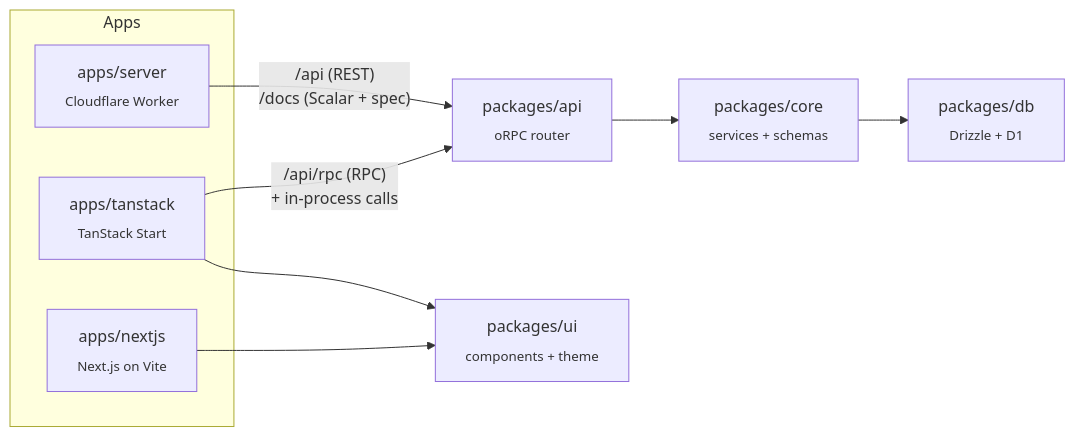
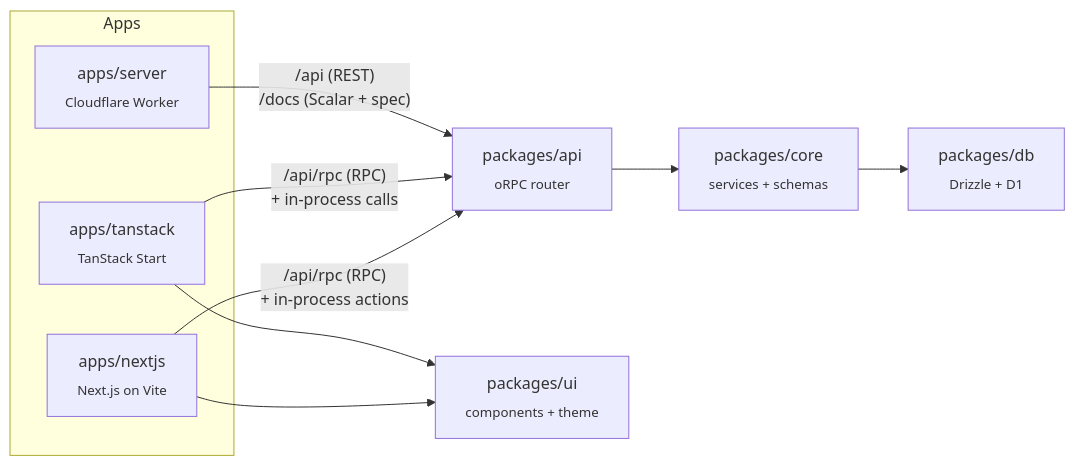
Before and after one commit to heyleydotdev/cf-monorepo: the diagram in README.md, drawn with Mermaid.

Commit message:
docs: show nextjs reaching the rpc router

````diff
--- a/README.md
+++ b/README.md
@@ -65,19 +65,20 @@
 ```mermaid
 flowchart LR
     subgraph Apps
         S["apps/server<br/><sub>Cloudflare Worker</sub>"]
         T["apps/tanstack<br/><sub>TanStack Start</sub>"]
         N["apps/nextjs<br/><sub>Next.js on Vite</sub>"]
     end
 
     API["packages/api<br/><sub>oRPC router</sub>"]
     CORE["packages/core<br/><sub>services + schemas</sub>"]
     DB["packages/db<br/><sub>Drizzle + D1</sub>"]
     UI["packages/ui<br/><sub>components + theme</sub>"]
 
     S -- "/api (REST)<br/>/docs (Scalar + spec)" --> API
     T -- "/api/rpc (RPC)<br/>+ in-process calls" --> API
+    N -- "/api/rpc (RPC)<br/>+ in-process actions" --> API
     T --> UI
     N --> UI
     API --> CORE --> DB
 ```
````
